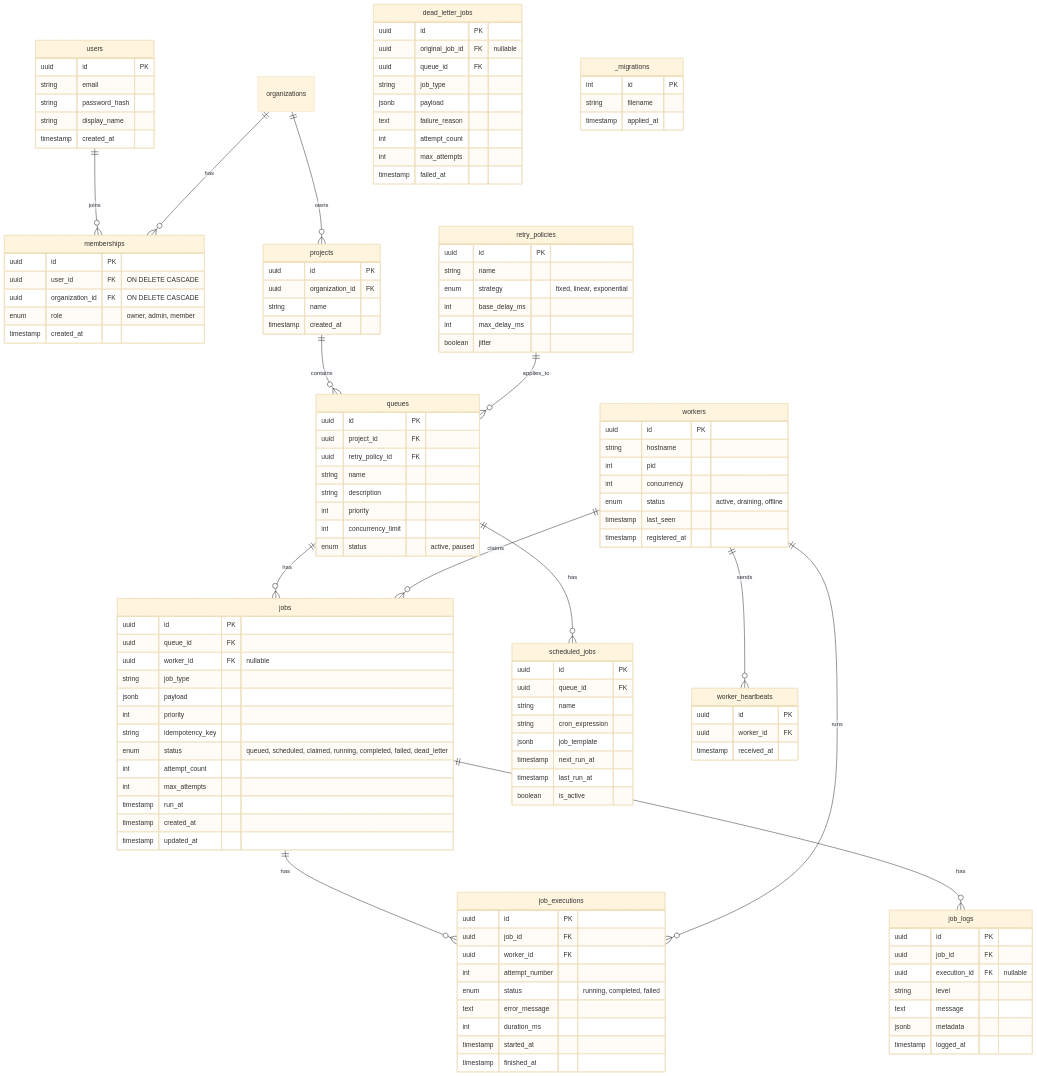
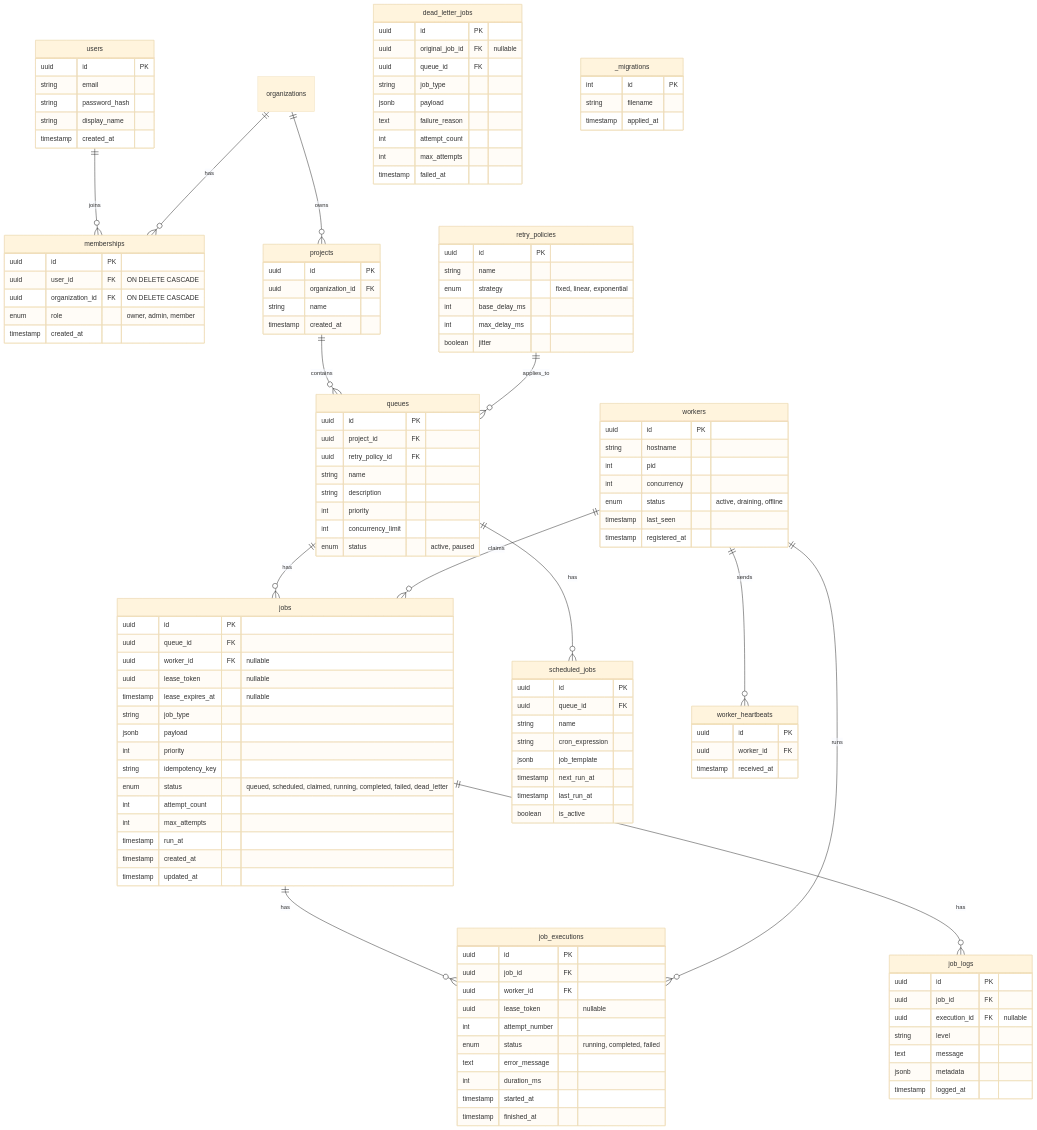
Before and after one commit to Harish-Ranjith/distributed-job-scheduler: the diagram in docs/er-diagram.md, drawn with Mermaid (base theme). The commit also changed 15 other files, not shown here.

```diff
--- a/docs/er-diagram.md
+++ b/docs/er-diagram.md
@@ -59,6 +59,8 @@
         uuid id PK
         uuid queue_id FK
         uuid worker_id FK "nullable"
+        uuid lease_token "nullable"
+        timestamp lease_expires_at "nullable"
         string job_type
         jsonb payload
         int priority
@@ -108,6 +110,7 @@
         uuid id PK
         uuid job_id FK
         uuid worker_id FK
+        uuid lease_token "nullable"
         int attempt_number
         enum status "running, completed, failed"
         text error_message
```
